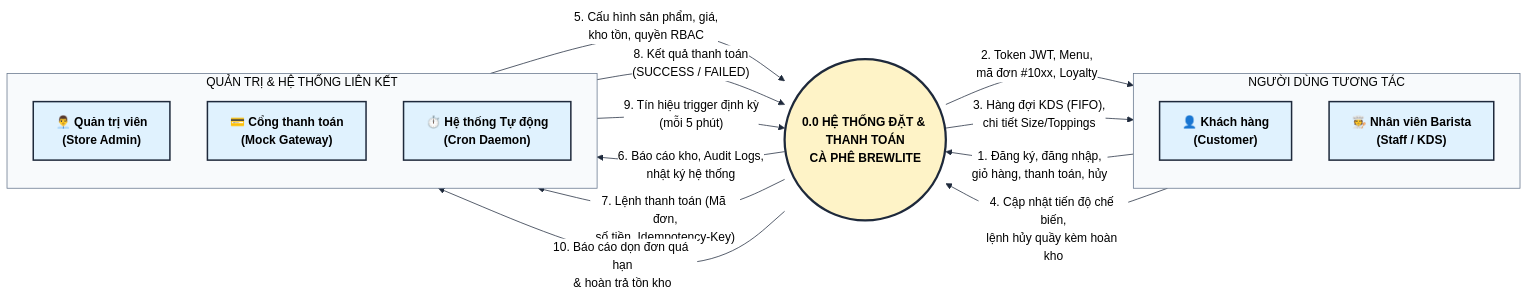
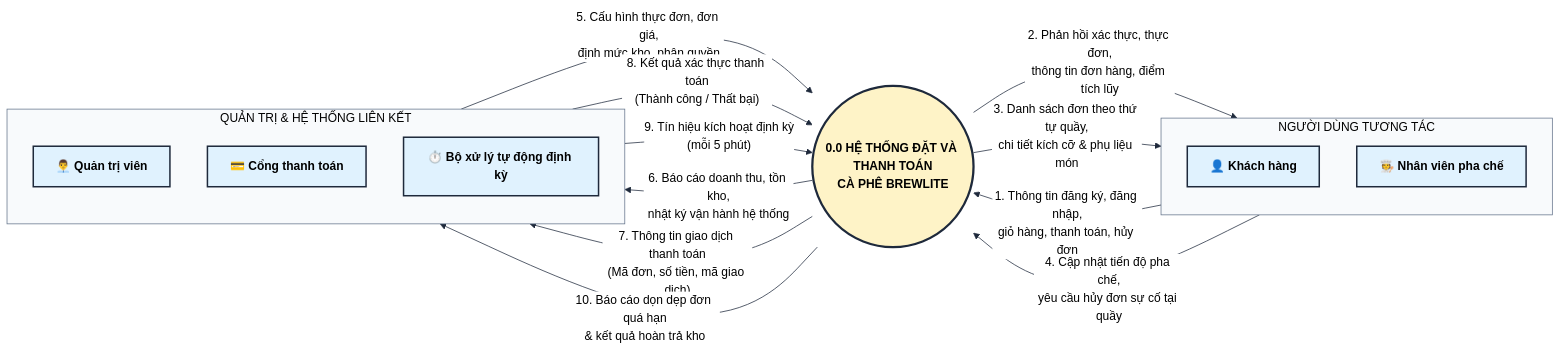
One commit to ThuanTran260/CNPM-BrewLite changed the second of 13 diagrams in docs/SYSTEM_ARCHITECTURE_DIAGRAMS.md. Above: the diagram before and after it, drawn with Mermaid. The commit also changed other lines of this file and 25 other files, not shown here.

First line of the commit message:
docs(diagrams): chuan hoa so do hoc thuat tieng Viet va bo sung sequence diagram

````diff
--- a/docs/SYSTEM_ARCHITECTURE_DIAGRAMS.md
+++ b/docs/SYSTEM_ARCHITECTURE_DIAGRAMS.md
@@ -168,59 +169,59 @@
 ```mermaid
 %%{init: {
   'theme': 'base',
   'themeVariables': {
     'primaryColor': '#e0f2fe',
     'primaryTextColor': '#000000',
     'primaryBorderColor': '#1e293b',
     'lineColor': '#1e293b',
     'secondaryColor': '#fef3c7',
     'tertiaryColor': '#ffffff',
     'edgeLabelBackground':'#ffffff',
     'clusterBkg':'#f8fafc',
     'clusterBorder':'#64748b',
     'fontFamily': 'Segoe UI, Arial, sans-serif'
   }
 }}%%
 flowchart LR
     %% Định nghĩa các lớp kiểu dáng màu sắc High-Contrast chữ đen
     classDef entity fill:#e0f2fe,stroke:#1e293b,stroke-width:2px,color:#000000,font-weight:600;
     classDef process fill:#fef3c7,stroke:#1e293b,stroke-width:3px,color:#000000,font-weight:700;
 
     %% Khối tác nhân người dùng (bên trái)
     subgraph ENT_LEFT ["NGƯỜI DÙNG TƯƠNG TÁC"]
         direction TB
-        ACT_CUST["👤 Khách hàng<br>(Customer)"]:::entity
-        ACT_STAFF["🧑‍🍳 Nhân viên Barista<br>(Staff / KDS)"]:::entity
+        ACT_CUST["👤 Khách hàng"]:::entity
+        ACT_STAFF["🧑‍🍳 Nhân viên pha chế"]:::entity
     end
 
     %% Tiến trình mức ngữ cảnh trung tâm
-    SYS_MAIN(("0.0 HỆ THỐNG ĐẶT & THANH TOÁN<br>CÀ PHÊ BREWLITE")):::process
+    SYS_MAIN(("0.0 HỆ THỐNG ĐẶT VÀ THANH TOÁN<br>CÀ PHÊ BREWLITE")):::process
 
     %% Khối quản trị và hệ thống liên kết (bên phải)
     subgraph ENT_RIGHT ["QUẢN TRỊ & HỆ THỐNG LIÊN KẾT"]
         direction TB
-        ACT_ADMIN["👨‍💼 Quản trị viên<br>(Store Admin)"]:::entity
-        ACT_GATEWAY["💳 Cổng thanh toán<br>(Mock Gateway)"]:::entity
-        ACT_CRON["⏱️ Hệ thống Tự động<br>(Cron Daemon)"]:::entity
+        ACT_ADMIN["👨‍💼 Quản trị viên"]:::entity
+        ACT_GATEWAY["💳 Cổng thanh toán"]:::entity
+        ACT_CRON["⏱️ Bộ xử lý tự động định kỳ"]:::entity
     end
 
     %% Luồng dữ liệu Khách hàng
-    ACT_CUST -->|"1. Đăng ký, đăng nhập,<br>giỏ hàng, thanh toán, hủy"| SYS_MAIN
-    SYS_MAIN -->|"2. Token JWT, Menu,<br>mã đơn #10xx, Loyalty"| ACT_CUST
+    ACT_CUST -->|"1. Thông tin đăng ký, đăng nhập,<br>giỏ hàng, thanh toán, hủy đơn"| SYS_MAIN
+    SYS_MAIN -->|"2. Phản hồi xác thực, thực đơn,<br>thông tin đơn hàng, điểm tích lũy"| ACT_CUST
 
     %% Luồng dữ liệu Nhân viên Barista
-    SYS_MAIN -->|"3. Hàng đợi KDS (FIFO),<br>chi tiết Size/Toppings"| ACT_STAFF
-    ACT_STAFF -->|"4. Cập nhật tiến độ chế biến,<br>lệnh hủy quầy kèm hoàn kho"| SYS_MAIN
+    SYS_MAIN -->|"3. Danh sách đơn theo thứ tự quầy,<br>chi tiết kích cỡ & phụ liệu món"| ACT_STAFF
+    ACT_STAFF -->|"4. Cập nhật tiến độ pha chế,<br>yêu cầu hủy đơn sự cố tại quầy"| SYS_MAIN
 
     %% Luồng dữ liệu Quản trị viên
-    ACT_ADMIN -->|"5. Cấu hình sản phẩm, giá,<br>kho tồn, quyền RBAC"| SYS_MAIN
-    SYS_MAIN -->|"6. Báo cáo kho, Audit Logs,<br>nhật ký hệ thống"| ACT_ADMIN
+    ACT_ADMIN -->|"5. Cấu hình thực đơn, đơn giá,<br>định mức kho, phân quyền"| SYS_MAIN
+    SYS_MAIN -->|"6. Báo cáo doanh thu, tồn kho,<br>nhật ký vận hành hệ thống"| ACT_ADMIN
 
     %% Luồng dữ liệu Cổng thanh toán
-    SYS_MAIN -->|"7. Lệnh thanh toán (Mã đơn,<br>số tiền, Idempotency-Key)"| ACT_GATEWAY
-    ACT_GATEWAY -->|"8. Kết quả thanh toán<br>(SUCCESS / FAILED)"| SYS_MAIN
+    SYS_MAIN -->|"7. Thông tin giao dịch thanh toán<br>(Mã đơn, số tiền, mã giao dịch)"| ACT_GATEWAY
+    ACT_GATEWAY -->|"8. Kết quả xác thực thanh toán<br>(Thành công / Thất bại)"| SYS_MAIN
 
     %% Luồng dữ liệu Cron Daemon
-    ACT_CRON -->|"9. Tín hiệu trigger định kỳ<br>(mỗi 5 phút)"| SYS_MAIN
-    SYS_MAIN -->|"10. Báo cáo dọn đơn quá hạn<br>& hoàn trả tồn kho"| ACT_CRON
+    ACT_CRON -->|"9. Tín hiệu kích hoạt định kỳ<br>(mỗi 5 phút)"| SYS_MAIN
+    SYS_MAIN -->|"10. Báo cáo dọn dẹp đơn quá hạn<br>& kết quả hoàn trả kho"| ACT_CRON
 ```
````
